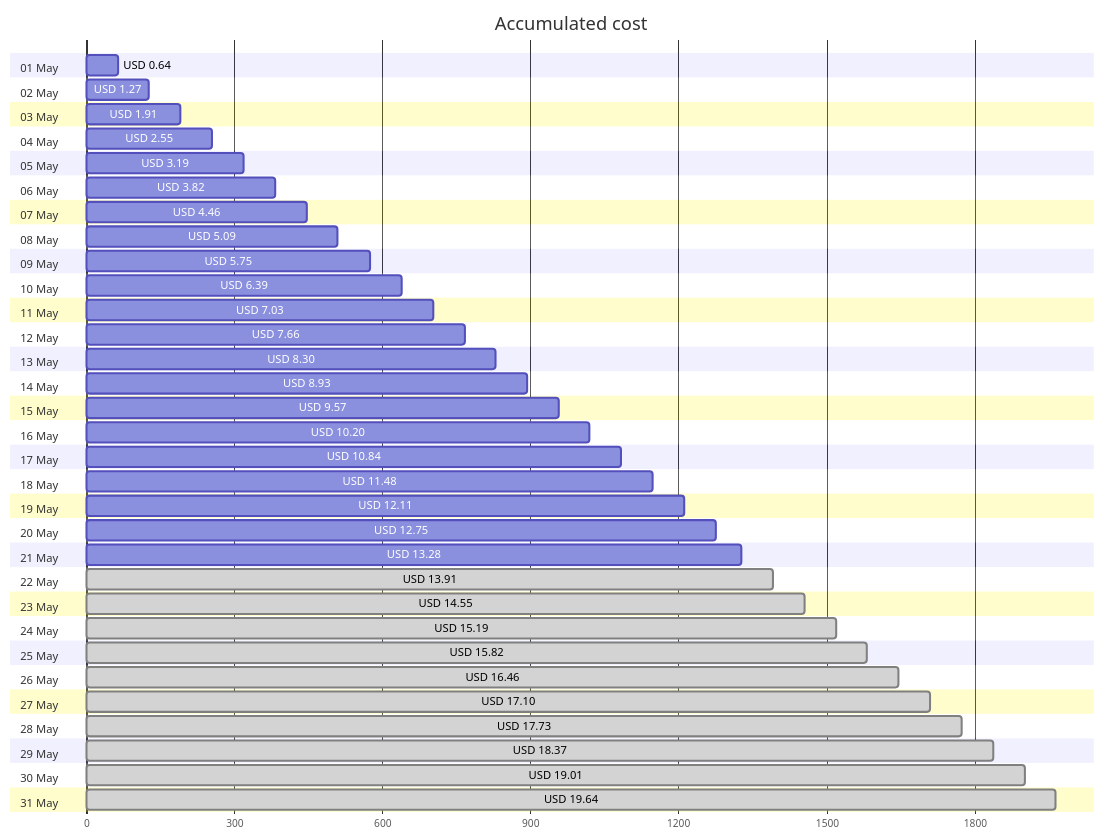
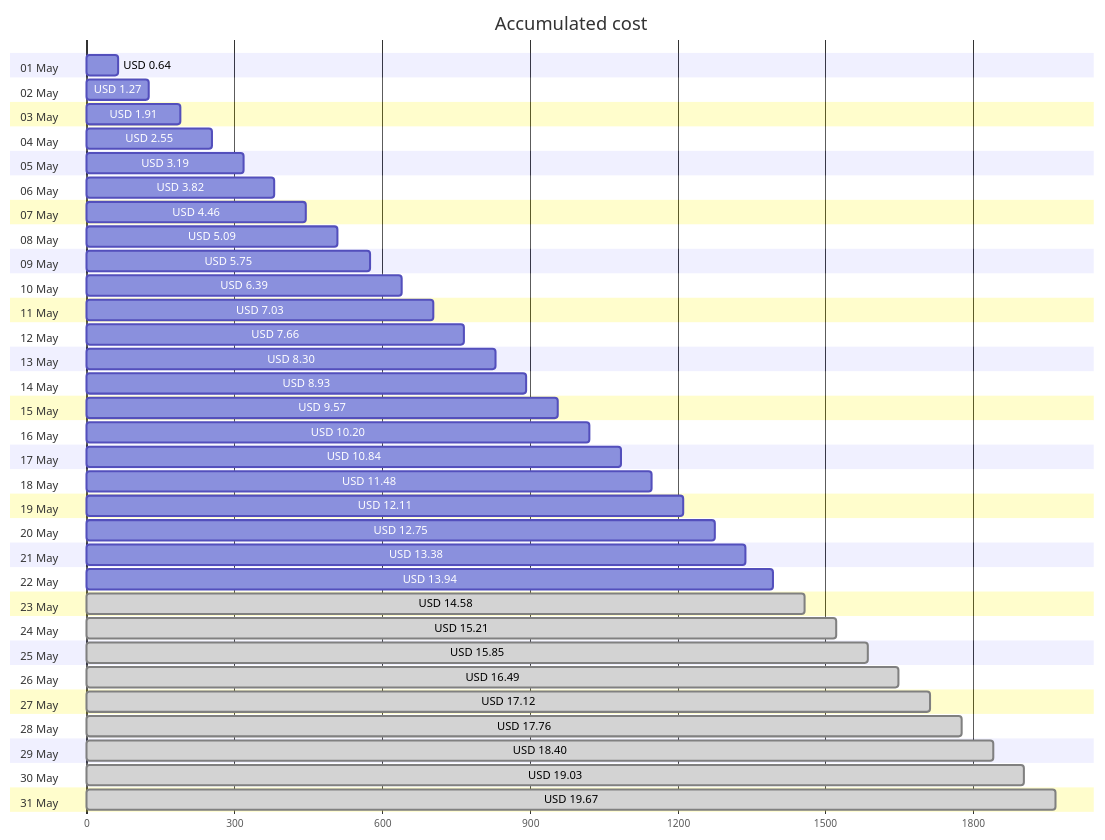
The first of 4 diagrams in cost-reports/accumulated-cost.md (jpfulton/azure-personal-reports), drawn with Mermaid before and after one commit. The commit also changed other lines of this file and 4 other files, not shown here.

````diff
--- a/cost-reports/accumulated-cost.md
+++ b/cost-reports/accumulated-cost.md
@@ -20,68 +20,68 @@
 ```mermaid
 gantt
    title Accumulated cost
    dateFormat  X
    axisFormat %s
    section 01 May
    USD 0.64 :0, 64
    section 02 May
    USD 1.27 :0, 127
    section 03 May
    USD 1.91 :0, 191
    section 04 May
    USD 2.55 :0, 255
    section 05 May
    USD 3.19 :0, 319
    section 06 May
    USD 3.82 :0, 382
    section 07 May
    USD 4.46 :0, 446
    section 08 May
    USD 5.09 :0, 509
    section 09 May
    USD 5.75 :0, 575
    section 10 May
    USD 6.39 :0, 639
    section 11 May
    USD 7.03 :0, 703
    section 12 May
    USD 7.66 :0, 766
    section 13 May
    USD 8.30 :0, 830
    section 14 May
    USD 8.93 :0, 893
    section 15 May
    USD 9.57 :0, 957
    section 16 May
    USD 10.20 :0, 1020
    section 17 May
    USD 10.84 :0, 1084
    section 18 May
    USD 11.48 :0, 1148
    section 19 May
    USD 12.11 :0, 1211
    section 20 May
    USD 12.75 :0, 1275
    section 21 May
-   USD 13.28 :0, 1328
+   USD 13.38 :0, 1338
    section 22 May
-   USD 13.91 : done, 0, 1391
+   USD 13.94 :0, 1394
    section 23 May
-   USD 14.55 : done, 0, 1455
+   USD 14.58 : done, 0, 1458
    section 24 May
-   USD 15.19 : done, 0, 1519
+   USD 15.21 : done, 0, 1521
    section 25 May
-   USD 15.82 : done, 0, 1582
+   USD 15.85 : done, 0, 1585
    section 26 May
-   USD 16.46 : done, 0, 1646
+   USD 16.49 : done, 0, 1649
    section 27 May
-   USD 17.10 : done, 0, 1710
+   USD 17.12 : done, 0, 1712
    section 28 May
-   USD 17.73 : done, 0, 1773
+   USD 17.76 : done, 0, 1776
    section 29 May
-   USD 18.37 : done, 0, 1837
+   USD 18.40 : done, 0, 1840
    section 30 May
-   USD 19.01 : done, 0, 1901
+   USD 19.03 : done, 0, 1903
    section 31 May
-   USD 19.64 : done, 0, 1964
+   USD 19.67 : done, 0, 1967
 ```
````
